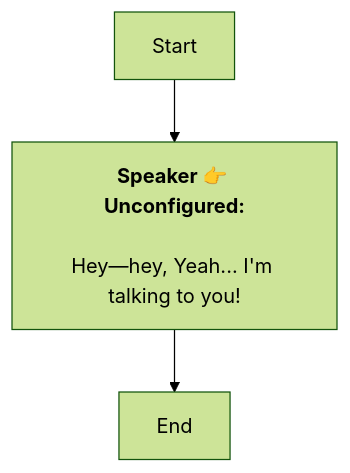
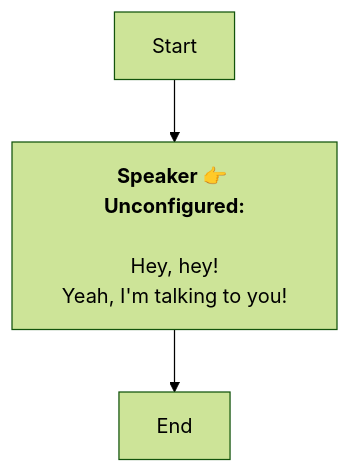
The diagram in En/Dialog_55252700764324.md (SoftHu/tos_avg), drawn with Mermaid (forest theme) before and after one commit. The commit also changed 312 other files, not shown here.

````diff
--- a/En/Dialog_55252700764324.md
+++ b/En/Dialog_55252700764324.md
@@ -1,8 +1,9 @@
 ```mermaid
 graph
 Start -->1768086451288959[<b>Speaker 👉 Unconfigured:</b>
 
-Hey—hey, Yeah... I'm talking to you!]
+Hey, hey!
+Yeah, I'm talking to you!]
 1768086451288959 -->1768086445372286[End]
 
  ```
````
